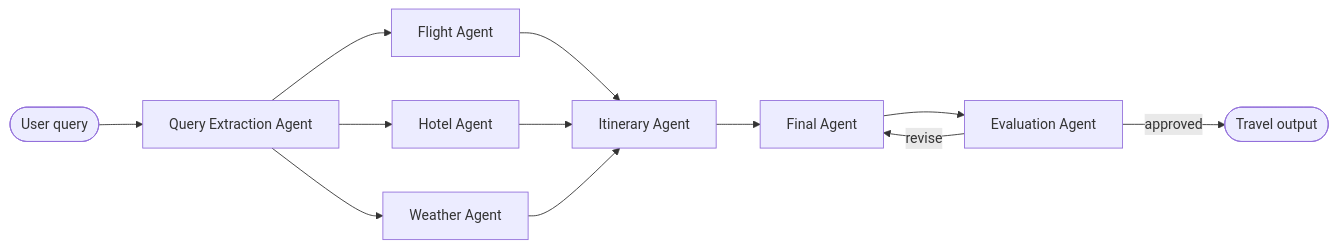
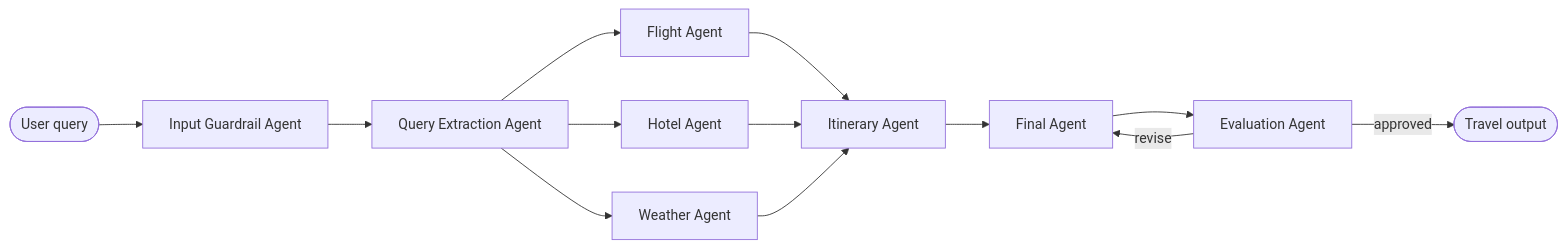
One commit to priyanshu529/Multi-Agent-Travel-Planner changed the diagram in README.md. Above: the diagram before and after it, drawn with Mermaid.

````diff
--- a/README.md
+++ b/README.md
@@ -17,14 +17,15 @@
 ```mermaid
 flowchart LR
-    A([User query]) --> B[Query Extraction Agent]
+    A([User query]) --> AA[Input Guardrail Agent]
+    AA --> B[Query Extraction Agent]
     B --> C[Flight Agent]
     B --> D[Hotel Agent]
     B --> E[Weather Agent]
     C --> F[Itinerary Agent]
     D --> F
     E --> F
     F --> G[Final Agent]
     G --> H[Evaluation Agent]
     H -- revise --> G
     H -- approved --> I([Travel output])
 ```
````
